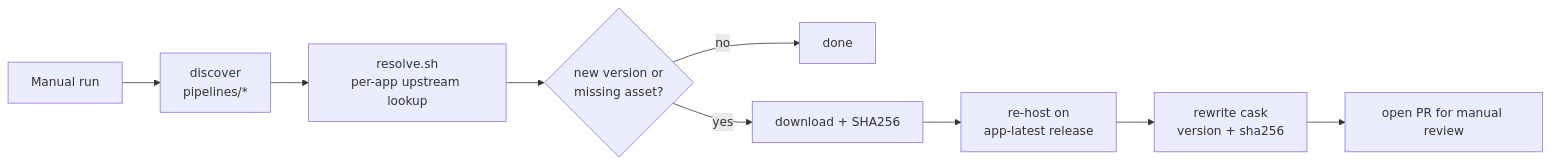
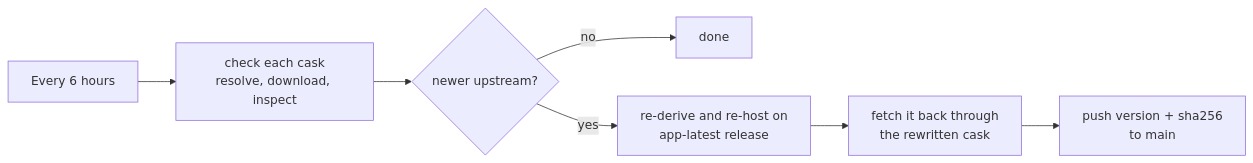
Before and after one commit to edbfi/homebrew-taps: the diagram in README.md, drawn with Mermaid. The commit also changed other lines of this file and 13 other files, not shown here.

First line of the commit message:
feat(updater): update the casks every six hours, pushing with the deploy key (#46)

````diff
--- a/README.md
+++ b/README.md
@@ -111,11 +111,9 @@
 ```mermaid
 flowchart LR
-    A[Manual run] --> B[discover<br/>pipelines/*]
-    B --> C[resolve.sh<br/>per-app upstream lookup]
-    C --> D{new version or<br/>missing asset?}
+    A[Every 6 hours] --> B[check each cask<br/>resolve, download, inspect]
+    B --> D{newer upstream?}
     D -- no --> Z[done]
-    D -- yes --> E[download + SHA256]
-    E --> F[re-host on<br/>app-latest release]
-    F --> G[rewrite cask<br/>version + sha256]
-    G --> H[open PR for manual review]
+    D -- yes --> E[re-derive and re-host on<br/>app-latest release]
+    E --> F[fetch it back through<br/>the rewritten cask]
+    F --> G[push version + sha256<br/>to main]
 ```
````
